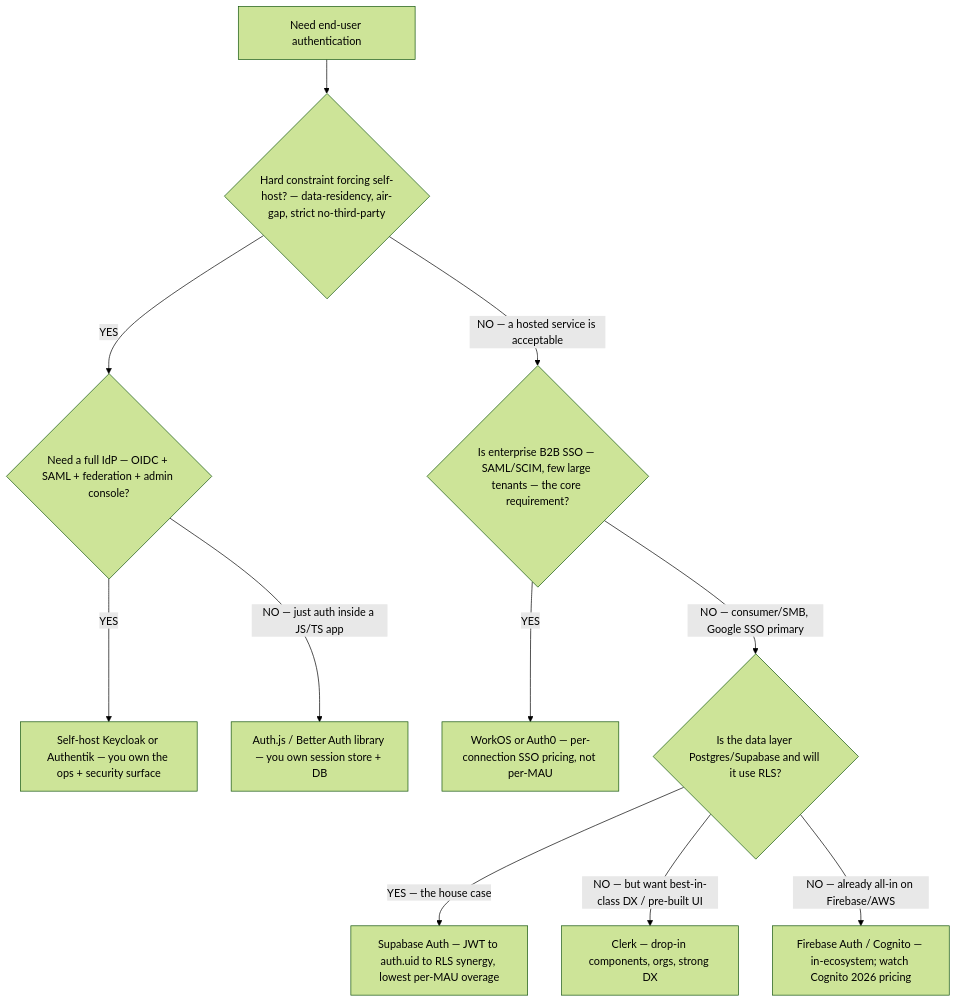
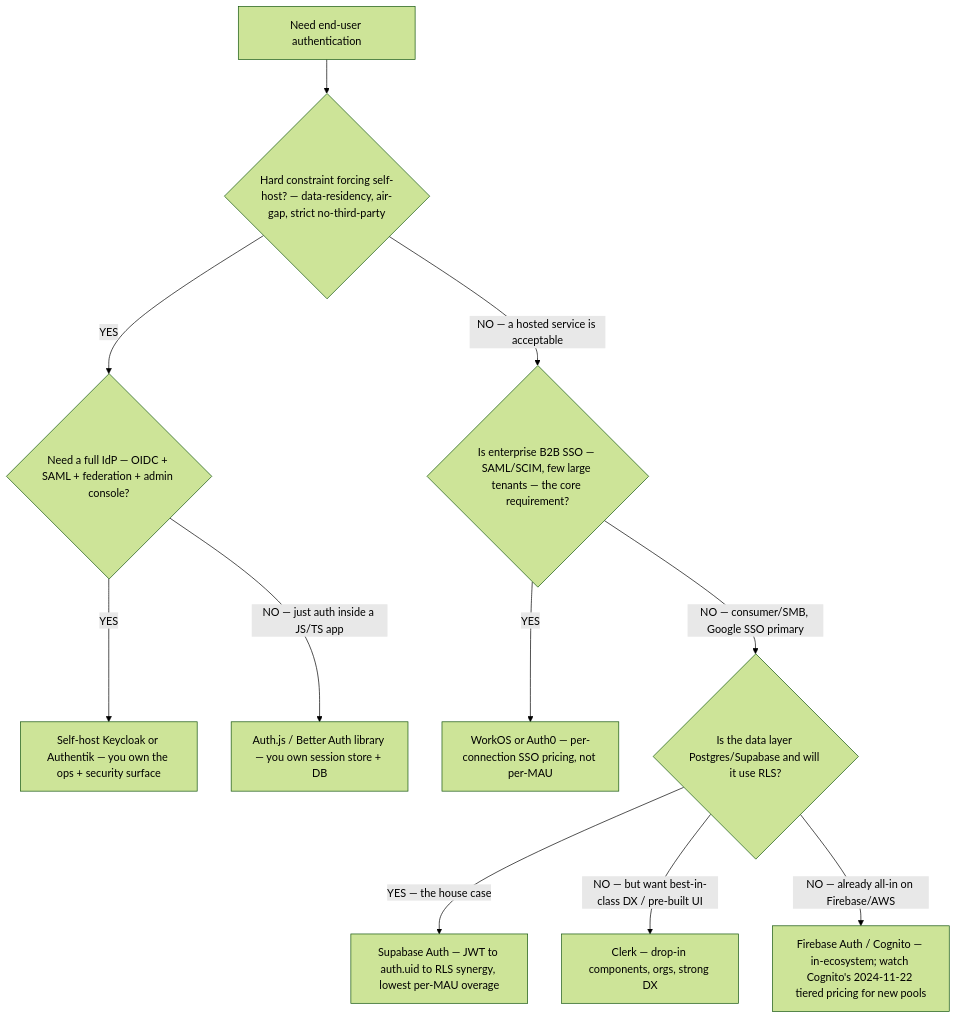
Before and after one commit to mcorbett51090/RavenClaude: the first of 8 diagrams in plugins/auth-identity/knowledge/auth-identity-decision-trees.md, drawn with Mermaid (forest theme). The commit also changed other lines of this file and 16 other files, not shown here.

````diff
--- a/plugins/auth-identity/knowledge/auth-identity-decision-trees.md
+++ b/plugins/auth-identity/knowledge/auth-identity-decision-trees.md
@@ -17,13 +17,13 @@
 ```mermaid
 flowchart TD
     START[Need end-user authentication] --> Q1{Hard constraint forcing self-host? — data-residency, air-gap, strict no-third-party}
     Q1 -->|YES| Q2{Need a full IdP — OIDC + SAML + federation + admin console?}
     Q1 -->|NO — a hosted service is acceptable| Q3{Is enterprise B2B SSO — SAML/SCIM, few large tenants — the core requirement?}
     Q2 -->|YES| LEAF_E[Self-host Keycloak or Authentik — you own the ops + security surface]
     Q2 -->|NO — just auth inside a JS/TS app| LEAF_F[Auth.js / Better Auth library — you own session store + DB]
     Q3 -->|YES| LEAF_D[WorkOS or Auth0 — per-connection SSO pricing, not per-MAU]
     Q3 -->|NO — consumer/SMB, Google SSO primary| Q4{Is the data layer Postgres/Supabase and will it use RLS?}
     Q4 -->|YES — the house case| LEAF_A[Supabase Auth — JWT to auth.uid to RLS synergy, lowest per-MAU overage]
     Q4 -->|NO — but want best-in-class DX / pre-built UI| LEAF_B[Clerk — drop-in components, orgs, strong DX]
-    Q4 -->|NO — already all-in on Firebase/AWS| LEAF_C[Firebase Auth / Cognito — in-ecosystem; watch Cognito 2026 pricing]
+    Q4 -->|NO — already all-in on Firebase/AWS| LEAF_C[Firebase Auth / Cognito — in-ecosystem; watch Cognito's 2024-11-22 tiered pricing for new pools]
 ```
````
